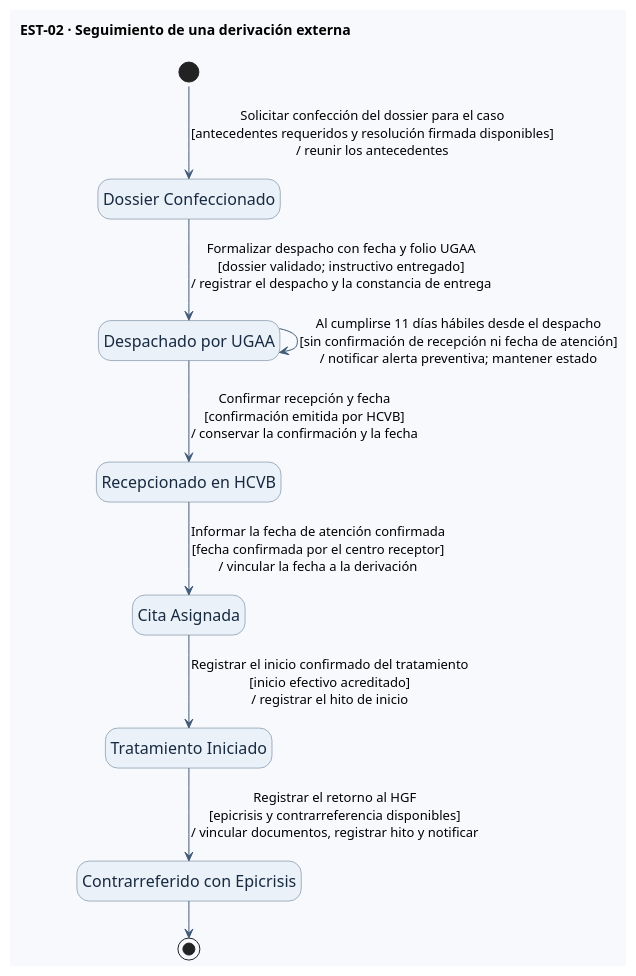
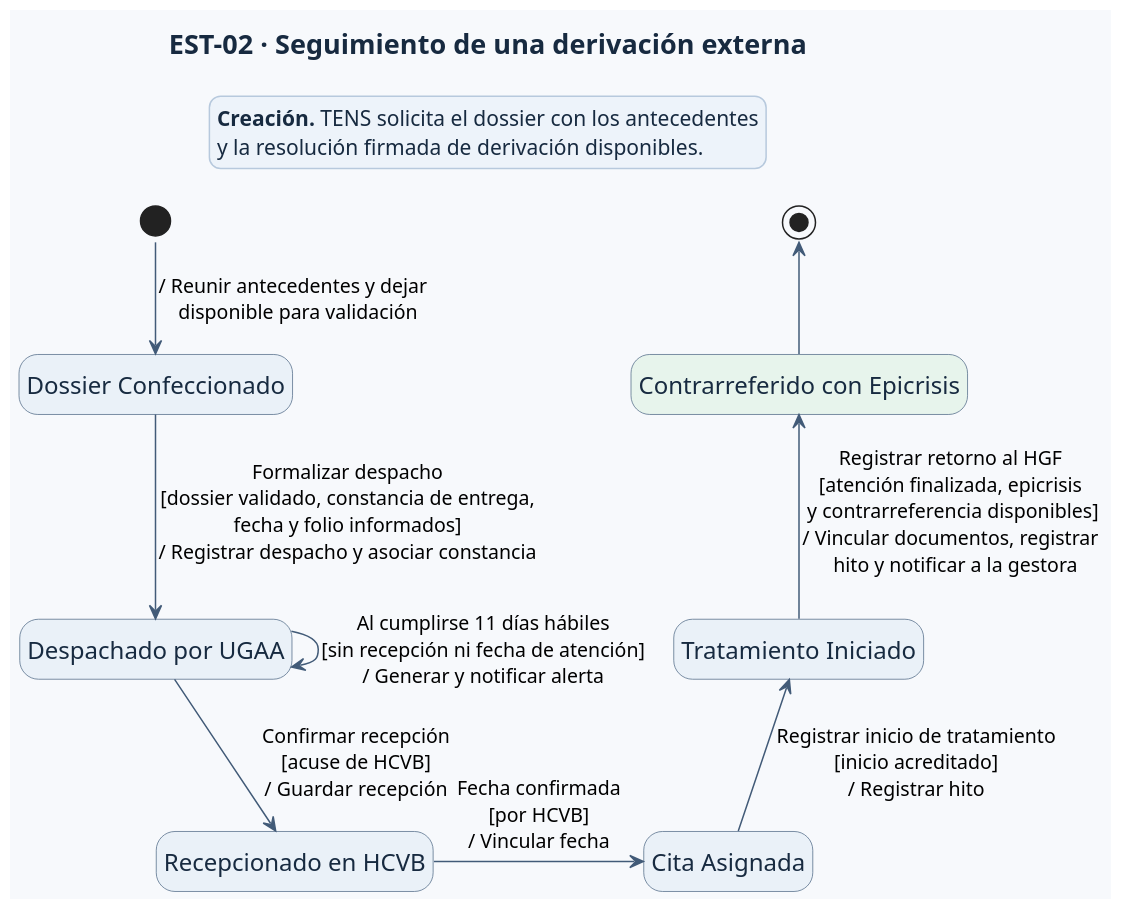
One commit to br1fz/OncoTrace changed the second of 2 diagrams in diagramas/estados-objetos.puml. Above: the diagram before and after it, drawn with PlantUML. The commit also changed other lines of this file and 2 other files, not shown here.

Commit message:
ordenar los diagramas EST-01 y EST-02

```diff
--- a/diagramas/estados-objetos.puml
+++ b/diagramas/estados-objetos.puml
@@ -39,35 +47,46 @@
 @startuml EST-02-DossierDigitalDerivacion
 !pragma layout smetana
-top to bottom direction
 hide empty description
 skinparam shadowing false
+skinparam dpi 144
 skinparam backgroundColor #F7F9FC
 skinparam defaultFontName SansSerif
+skinparam titleFontSize 18
+skinparam titleFontColor #172A40
 skinparam stateFontSize 16
 skinparam stateArrowFontSize 13
+skinparam legendBackgroundColor #EDF3FA
+skinparam legendBorderColor #B7C9DD
+skinparam legendFontColor #172A40
 skinparam state {
   BackgroundColor #EAF1F8
   BorderColor #526B87
   FontColor #172A40
   ArrowColor #425B78
   StartColor #526B87
   EndColor #526B87
 }
+
 title EST-02 · Seguimiento de una derivación externa
 
-[*] --> Confeccionado : Solicitar confección del dossier para el caso\n[antecedentes requeridos y resolución firmada disponibles]\n/ reunir los antecedentes
-state "Dossier Confeccionado" as Confeccionado
-state "Despachado por UGAA" as Despachado
-state "Recepcionado en HCVB" as Recepcionado
-state "Cita Asignada" as Cita
-state "Tratamiento Iniciado" as Tratamiento
-state "Contrarreferido con Epicrisis" as Contrarreferido
+state "Dossier Confeccionado" as C
+state "Despachado por UGAA" as D
+state "Recepcionado en HCVB" as R
+state "Cita Asignada" as A
+state "Tratamiento Iniciado" as T
+state "Contrarreferido con Epicrisis" as E #E7F4EC
 
-Confeccionado --> Despachado : Formalizar despacho con fecha y folio UGAA\n[dossier validado; instructivo entregado]\n/ registrar el despacho y la constancia de entrega
-Despachado --> Recepcionado : Confirmar recepción y fecha\n[confirmación emitida por HCVB]\n/ conservar la confirmación y la fecha
-Despachado --> Despachado : Al cumplirse 11 días hábiles desde el despacho\n[sin confirmación de recepción ni fecha de atención]\n/ notificar alerta preventiva; mantener estado
-Recepcionado --> Cita : Informar la fecha de atención confirmada\n[fecha confirmada por el centro receptor]\n/ vincular la fecha a la derivación
-Cita --> Tratamiento : Registrar el inicio confirmado del tratamiento\n[inicio efectivo acreditado]\n/ registrar el hito de inicio
-Tratamiento --> Contrarreferido : Registrar el retorno al HGF\n[epicrisis y contrarreferencia disponibles]\n/ vincular documentos, registrar hito y notificar
-Contrarreferido --> [*]
+[*] -down-> C : / Reunir antecedentes y dejar\n  disponible para validación
+C -down-> D : Formalizar despacho\n[dossier validado, constancia de entrega,\nfecha y folio informados]\n/ Registrar despacho y asociar constancia
+D -down-> R : Confirmar recepción\n[acuse de HCVB]\n/ Guardar recepción
+D --> D : Al cumplirse 11 días hábiles\n[sin recepción ni fecha de atención]\n/ Generar y notificar alerta
+R -right-> A : Fecha confirmada\n[por HCVB]\n/ Vincular fecha
+A -up-> T : Registrar inicio de tratamiento\n[inicio acreditado]\n/ Registrar hito
+T -up-> E : Registrar retorno al HGF\n[atención finalizada, epicrisis\n y contrarreferencia disponibles]\n/ Vincular documentos, registrar\n  hito y notificar a la gestora
+E -up-> [*]
+
+legend top
+  **Creación.** TENS solicita el dossier con los antecedentes
+  y la resolución firmada de derivación disponibles.
+endlegend
 @enduml
```
